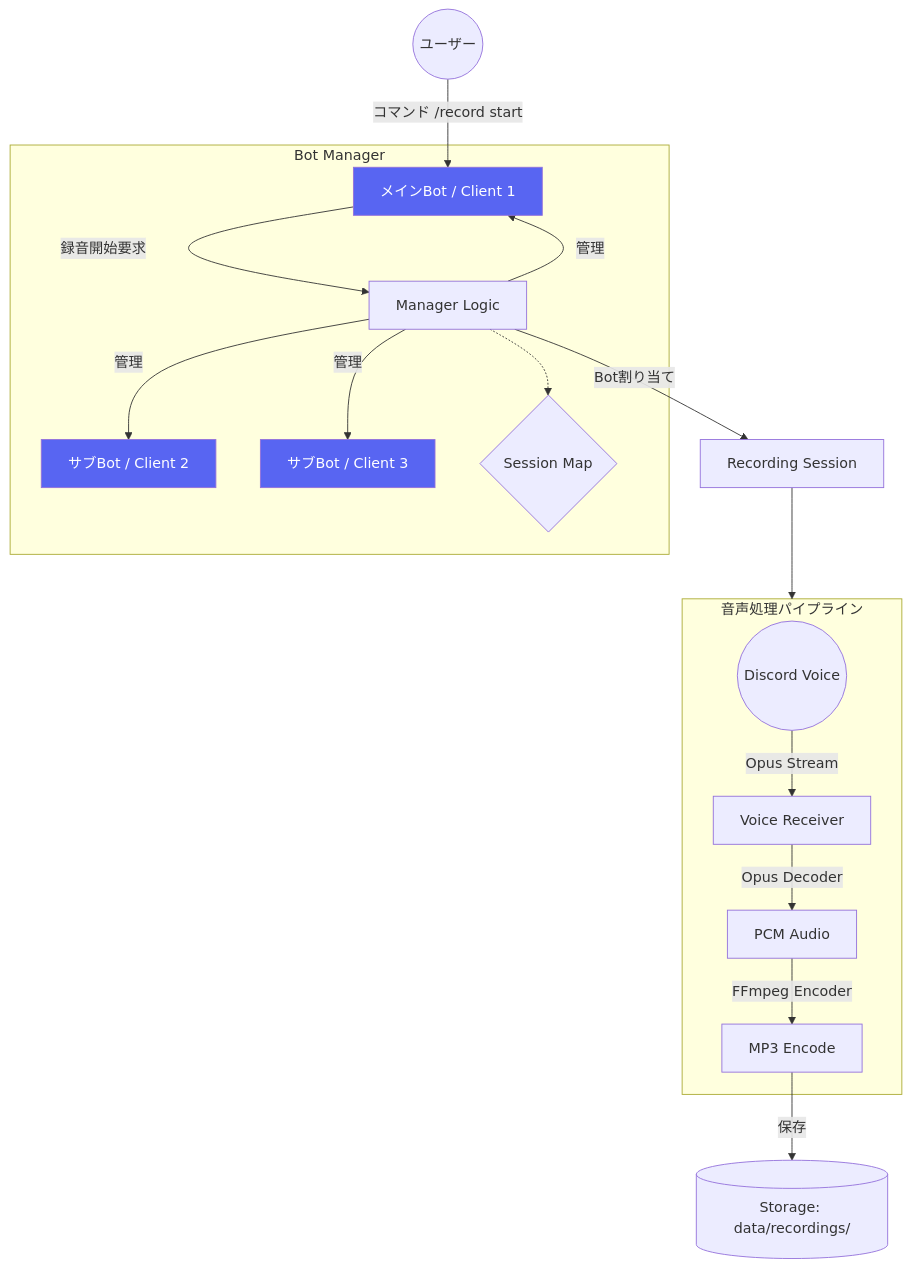
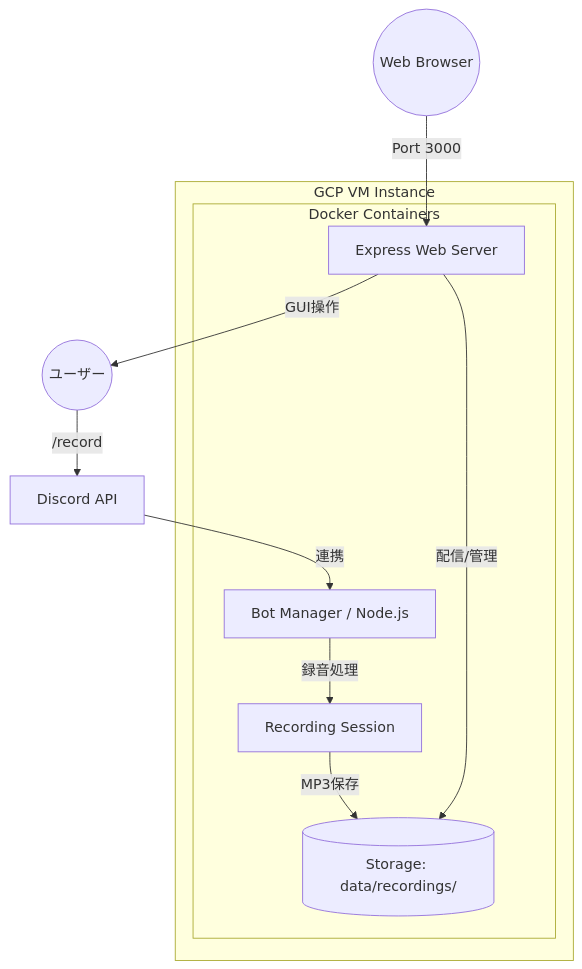
The diagram in README.md (suzukigame/discord-recorder), drawn with Mermaid before and after one commit. The commit also changed other lines of this file, not shown here.

Commit message:
Docs: Update README to reflect GCP VM deployment and Web GUI features

````diff
--- a/README.md
+++ b/README.md
@@ -14,29 +16,16 @@
 ```mermaid
 graph TD
-    User((ユーザー)) -->|コマンド /record start| Bot1[メインBot / Client 1]
+    User((ユーザー)) -->|/record| Discord[Discord API]
+    Discord -->|連携| BotManager[Bot Manager / Node.js]
     
-    subgraph BotManager [Bot Manager]
-        Manager[Manager Logic]
-        Manager -->|管理| Bot1
-        Manager -->|管理| Bot2[サブBot / Client 2]
-        Manager -->|管理| Bot3[サブBot / Client 3]
-        
-        SessionMap{Session Map}
-        Manager -.-> SessionMap
+    subgraph VM [GCP VM Instance]
+        subgraph Docker [Docker Containers]
+            BotManager -->|録音処理| RecSession[Recording Session]
+            RecSession -->|MP3保存| Storage[(Storage: data/recordings/)]
+            WebServer[Express Web Server] -->|配信/管理| Storage
+        end
     end
     
-    Bot1 -->|録音開始要求| Manager
-    Manager -->|Bot割り当て| RecordingSession[Recording Session]
-    
-    subgraph StreamProcessing [音声処理パイプライン]
-        Discord((Discord Voice)) -->|Opus Stream| Receiver[Voice Receiver]
-        Receiver -->|Opus Decoder| PCM[PCM Audio]
-        PCM -->|FFmpeg Encoder| MP3[MP3 Encode]
-    end
-    
-    RecordingSession --> StreamProcessing
-    MP3 -->|保存| File[(Storage: data/recordings/)]
-
-    classDef bot fill:#5865F2,color:#fff;
-    class Bot1,Bot2,Bot3 bot;
+    Gallery((Web Browser)) -->|Port 3000| WebServer
+    WebServer -->|GUI操作| User
 ```
````
